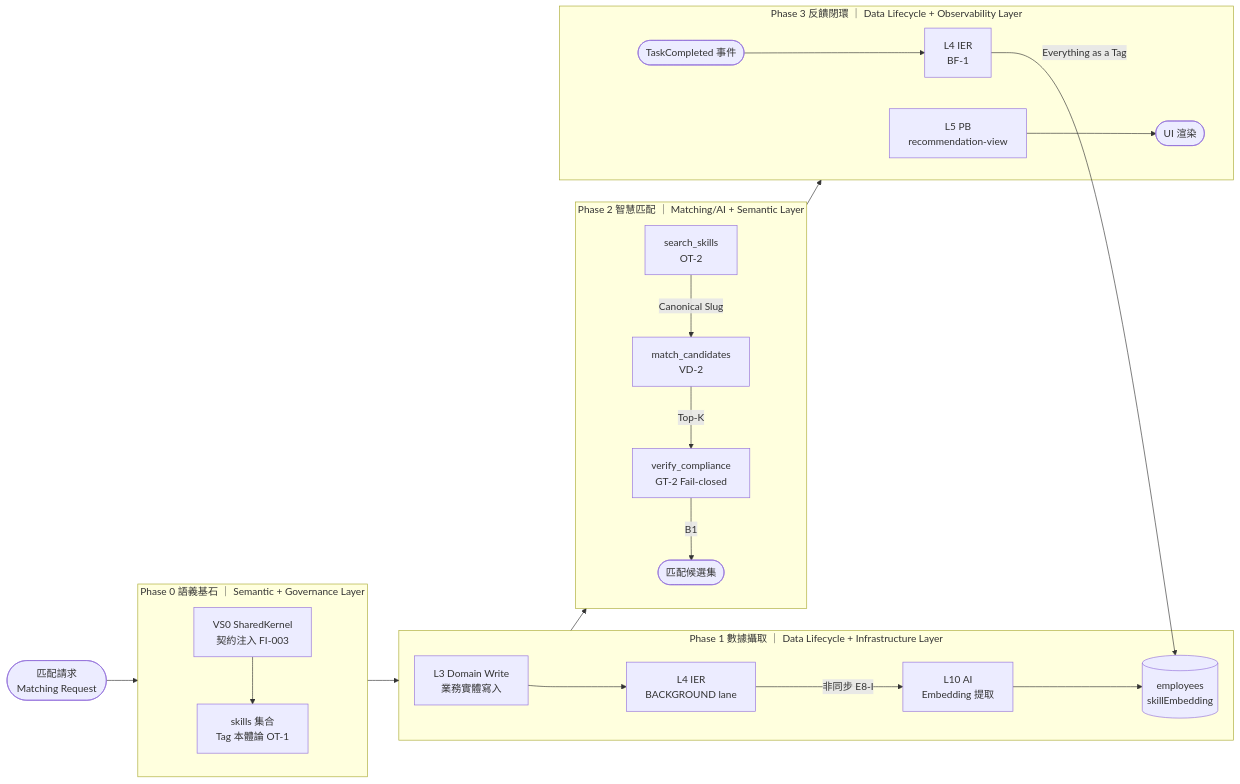
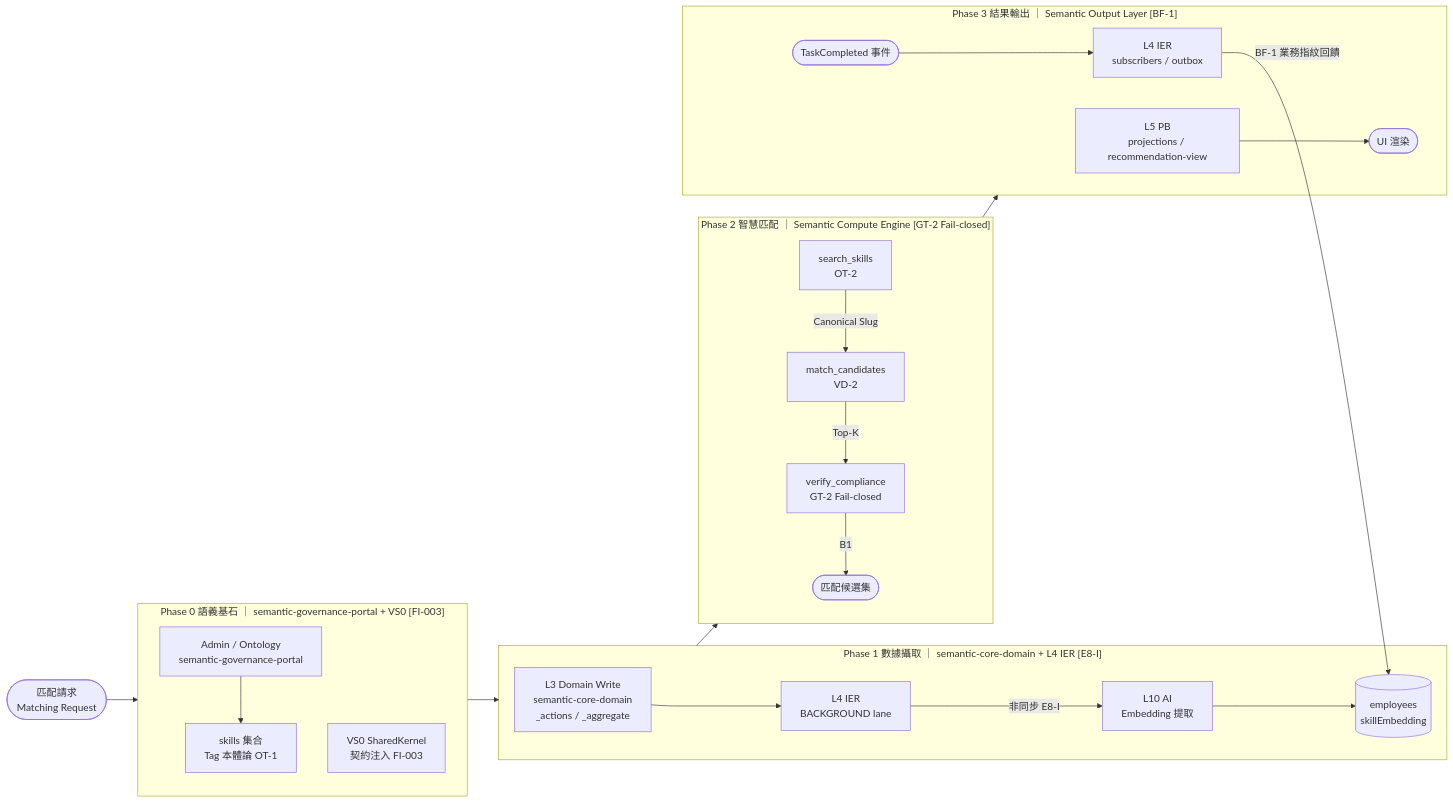
The diagram in docs/architecture/02-governance-rules.md (7Spade/Xuanwu), drawn with Mermaid before and after one commit. The commit also changed other lines of this file and 3 other files, not shown here.

````diff
--- a/docs/architecture/02-governance-rules.md
+++ b/docs/architecture/02-governance-rules.md
@@ -79,32 +79,33 @@
 ```mermaid
 flowchart LR
     Request([匹配請求\nMatching Request]) --> Phase0
 
-    subgraph Phase0["Phase 0 語義基石 ｜ Semantic + Governance Layer"]
-        SK[VS0 SharedKernel\n契約注入 FI-003] --> Ontology[skills 集合\nTag 本體論 OT-1]
+    subgraph Phase0["Phase 0 語義基石 ｜ semantic-governance-portal + VS0 [FI-003]"]
+        Admin[Admin / Ontology\nsemantic-governance-portal] --> Ontology[skills 集合\nTag 本體論 OT-1]
+        SK[VS0 SharedKernel\n契約注入 FI-003]
     end
 
     Phase0 --> Phase1
 
-    subgraph Phase1["Phase 1 數據攝取 ｜ Data Lifecycle + Infrastructure Layer"]
-        D3W[L3 Domain Write\n業務實體寫入] --> IER[L4 IER\nBACKGROUND lane]
+    subgraph Phase1["Phase 1 數據攝取 ｜ semantic-core-domain + L4 IER [E8-I]"]
+        D3W[L3 Domain Write\nsemantic-core-domain\n_actions / _aggregate] --> IER[L4 IER\nBACKGROUND lane]
         IER -->|非同步 E8-I| EmbedAI[L10 AI\nEmbedding 提取]
         EmbedAI --> VecDB[(employees\nskillEmbedding)]
     end
 
     Phase1 --> Phase2
 
-    subgraph Phase2["Phase 2 智慧匹配 ｜ Matching/AI + Semantic Layer"]
+    subgraph Phase2["Phase 2 智慧匹配 ｜ Semantic Compute Engine [GT-2 Fail-closed]"]
         SS[search_skills\nOT-2] -->|Canonical Slug| MC[match_candidates\nVD-2]
         MC -->|Top-K| VC[verify_compliance\nGT-2 Fail-closed]
         VC -->|B1| Out([匹配候選集])
     end
 
     Phase2 --> Phase3
 
-    subgraph Phase3["Phase 3 反饋閉環 ｜ Data Lifecycle + Observability Layer"]
-        PB[L5 PB\nrecommendation-view] --> UI([UI 渲染])
-        TaskDone([TaskCompleted 事件]) --> IER2[L4 IER\nBF-1]
-        IER2 -->|Everything as a Tag| VecDB
+    subgraph Phase3["Phase 3 結果輸出 ｜ Semantic Output Layer [BF-1]"]
+        PB[L5 PB\nprojections / recommendation-view] --> UI([UI 渲染])
+        TaskDone([TaskCompleted 事件]) --> IER2[L4 IER\nsubscribers / outbox]
+        IER2 -->|BF-1 業務指紋回饋| VecDB
     end
 ```
````
